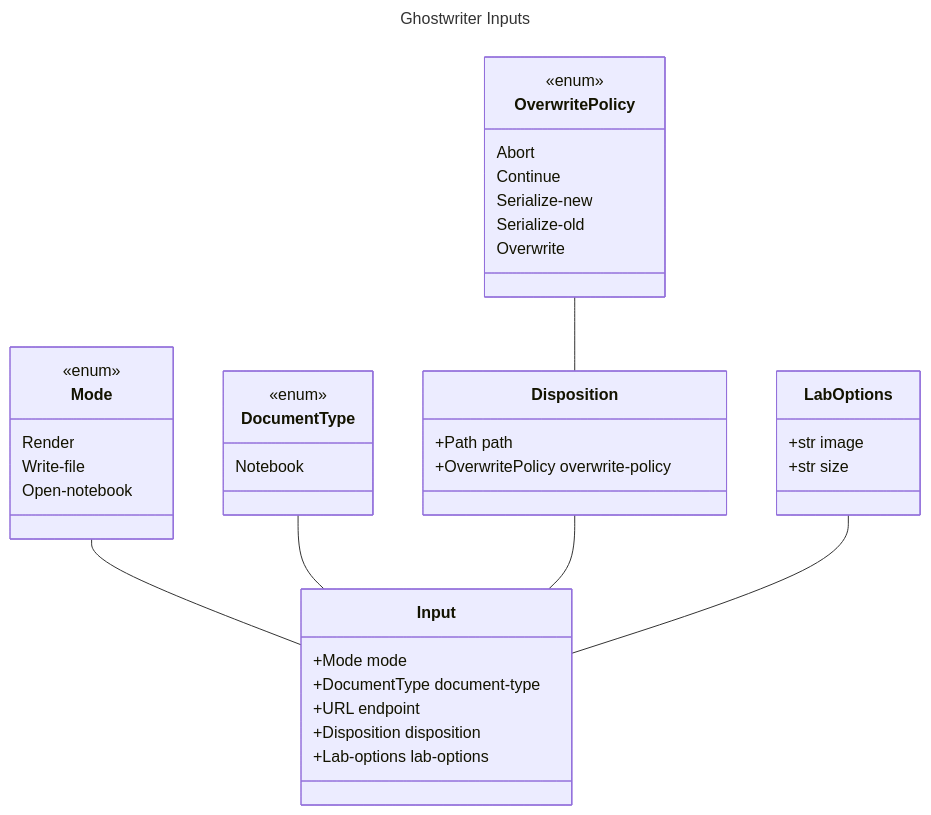
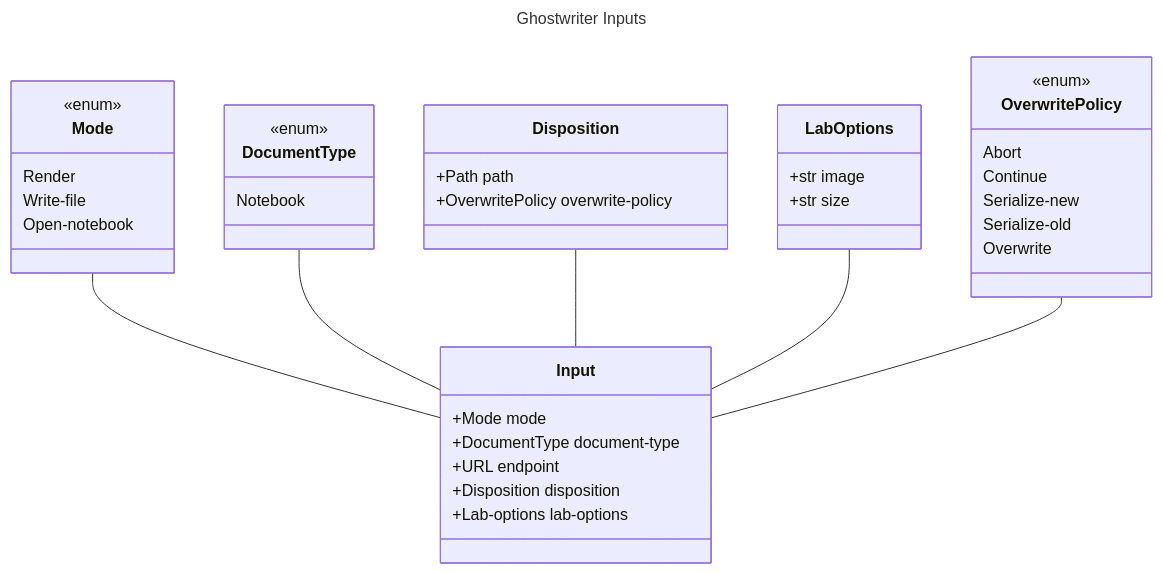
The third of 4 diagrams in index.md (lsst-sqre/sqr-110), drawn with Mermaid before and after one commit. The commit also changed other lines of this file, not shown here.

````diff
--- a/index.md
+++ b/index.md
@@ -247,49 +271,49 @@
 ```mermaid
 ---
 title: Ghostwriter Inputs
 ---
 
 classDiagram
   Input : +Mode mode
   Input : +DocumentType document-type
   Input : +URL endpoint
   Input : +Disposition disposition
   Input : +Lab-options lab-options
 
   class Mode{
     <<enum>>
     Render
     Write-file
     Open-notebook
   }
 
   class DocumentType{
     <<enum>>
     Notebook
   }
 
   class Disposition{
     +Path path
     +OverwritePolicy overwrite-policy
   }
 
   class OverwritePolicy{
     <<enum>>
     Abort
     Continue
     Serialize-new
     Serialize-old
     Overwrite
   }
 
   class LabOptions{
     +str image
     +str size
   }
 
   Mode -- Input
   DocumentType -- Input
   Disposition -- Input
   LabOptions -- Input
-  OverwritePolicy -- Disposition
+  OverwritePolicy -- Input
 ```
````
